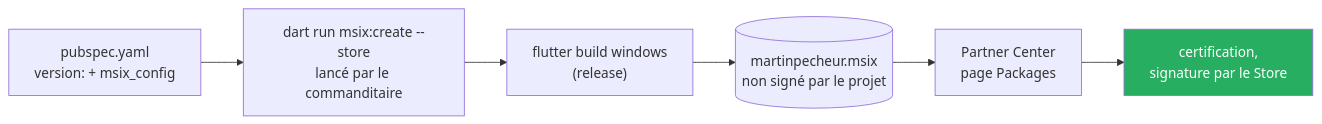
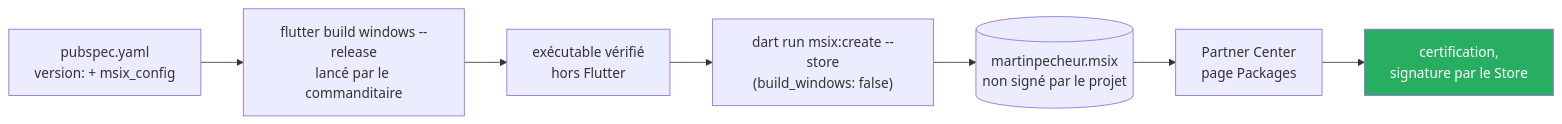
Before and after one commit to HubEauContrib/MartinPecheur: the diagram in docs/adr/ADR-018-empaquetage-msix-microsoft-store.md, drawn with Mermaid. The commit also changed other lines of this file and 6 other files, not shown here.

First line of the commit message:
ci: msix 3.18.0 en dépendance de développement et msix_config à l'identité de Partner Center (ADR-018 accepté)

````diff
--- a/docs/adr/ADR-018-empaquetage-msix-microsoft-store.md
+++ b/docs/adr/ADR-018-empaquetage-msix-microsoft-store.md
@@ -134,9 +162,10 @@
 ```mermaid
 flowchart LR
-    PS["pubspec.yaml<br/>version: + msix_config"] --> CMD["dart run msix:create --store<br/>lancé par le commanditaire"]
-    CMD --> FB["flutter build windows<br/>(release)"]
-    FB --> MSIX[("martinpecheur.msix<br/>non signé par le projet")]
+    PS["pubspec.yaml<br/>version: + msix_config"] --> FB["flutter build windows --release<br/>lancé par le commanditaire"]
+    FB --> VER["exécutable vérifié<br/>hors Flutter"]
+    VER --> CMD["dart run msix:create --store<br/>(build_windows: false)"]
+    CMD --> MSIX[("martinpecheur.msix<br/>non signé par le projet")]
     MSIX --> PC["Partner Center<br/>page Packages"]
     PC --> SIGN["certification,<br/>signature par le Store"]
     style SIGN fill:#27ae60,color:#fff
 ```
````
